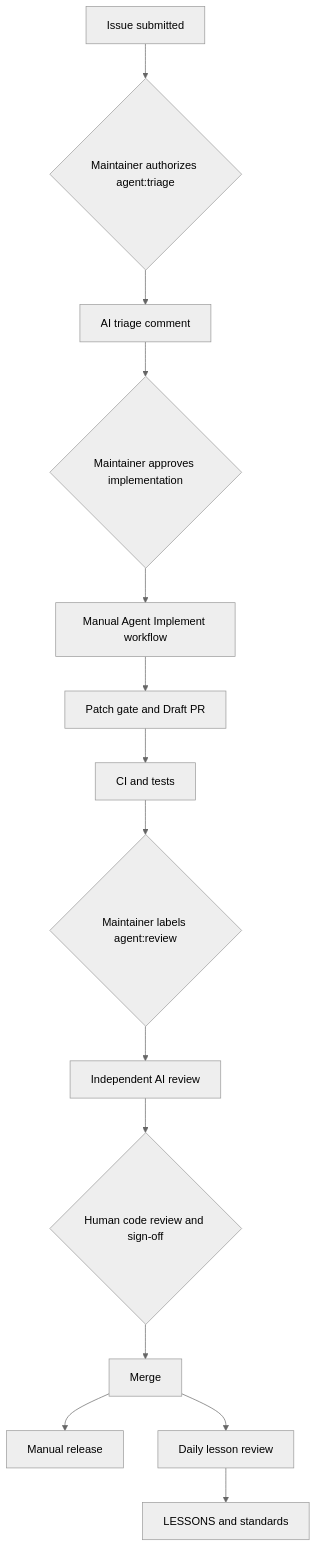
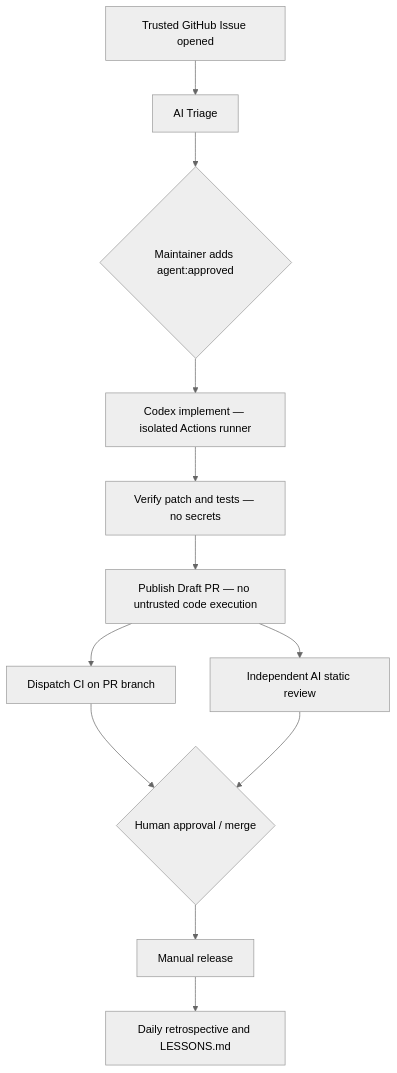
Before and after one commit to kohakunamori/AgentDevWorkflow-Template: the diagram in README.md, drawn with Mermaid (neutral theme). The commit also changed other lines of this file and 6 other files, not shown here.

````diff
--- a/README.md
+++ b/README.md
@@ -11,16 +9,14 @@
 ```mermaid
 flowchart TD
-  A[Issue submitted] --> B{Maintainer authorizes agent:triage}
-  B --> C[AI triage comment]
-  C --> D{Maintainer approves implementation}
-  D --> E[Manual Agent Implement workflow]
-  E --> F[Patch gate and Draft PR]
-  F --> G[CI and tests]
-  G --> H{Maintainer labels agent:review}
-  H --> I[Independent AI review]
-  I --> J{Human code review and sign-off}
-  J --> K[Merge]
-  K --> L[Manual release]
-  K --> M[Daily lesson review]
-  M --> N[LESSONS and standards]
+    A[Trusted GitHub Issue opened] --> B[AI Triage]
+    B --> C{Maintainer adds agent:approved}
+    C --> D[Codex implement — isolated Actions runner]
+    D --> E[Verify patch and tests — no secrets]
+    E --> F[Publish Draft PR — no untrusted code execution]
+    F --> G[Dispatch CI on PR branch]
+    F --> H[Independent AI static review]
+    G --> I{Human approval / merge}
+    H --> I
+    I --> J[Manual release]
+    J --> K[Daily retrospective and LESSONS.md]
 ```
````
